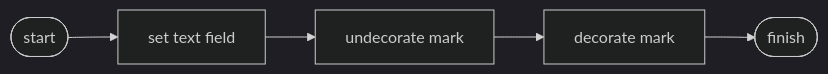
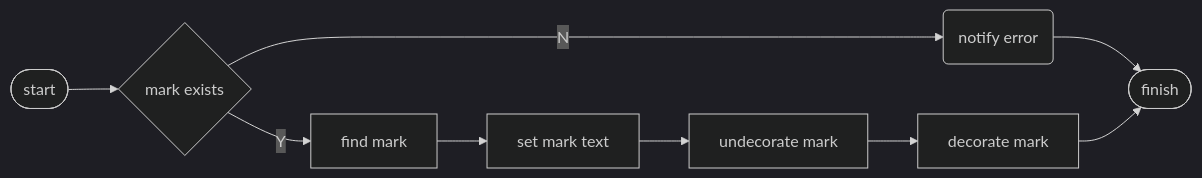
One commit to niuiic/track.nvim changed the tenth of 16 diagrams in DESIGN.md. Above: the diagram before and after it, drawn with Mermaid (dark theme). The commit also changed other lines of this file and 2 other files, not shown here.

````diff
--- a/DESIGN.md
+++ b/DESIGN.md
@@ -236,12 +238,18 @@
 ```mermaid
 flowchart LR
-    start([start]) --> n1
+    start([start]) --> n4
 
-    n1[set text field] --> n2
+    n4{mark exists}
+    n4 --N--> error(notify error) --> finish
+    n4 --Y--> n5
+
+    n5[find mark] --> n1
+
+    n1[set mark text] --> n2
 
     n2[undecorate mark] --> n3
 
     n3[decorate mark] --> finish
 
     finish([finish])
 ```
````
